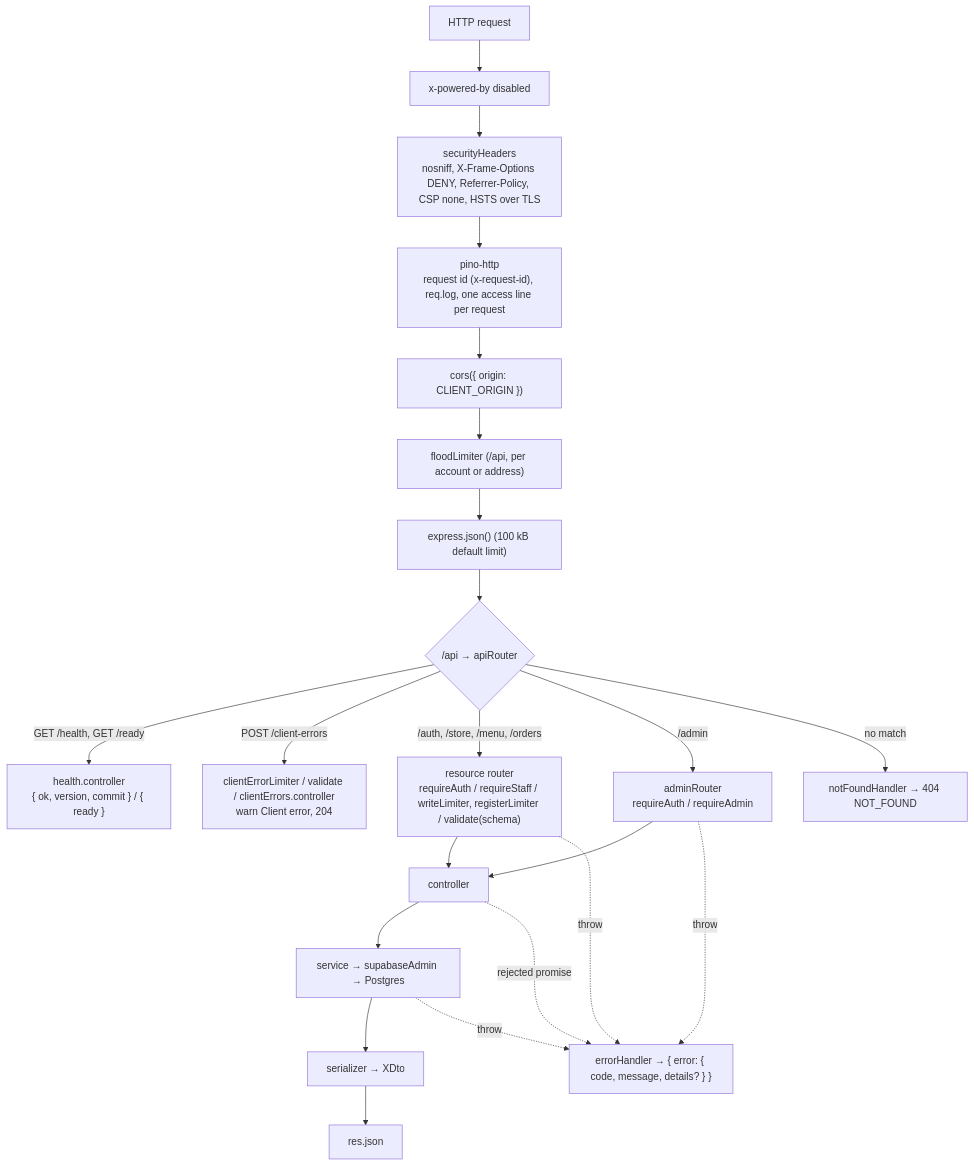
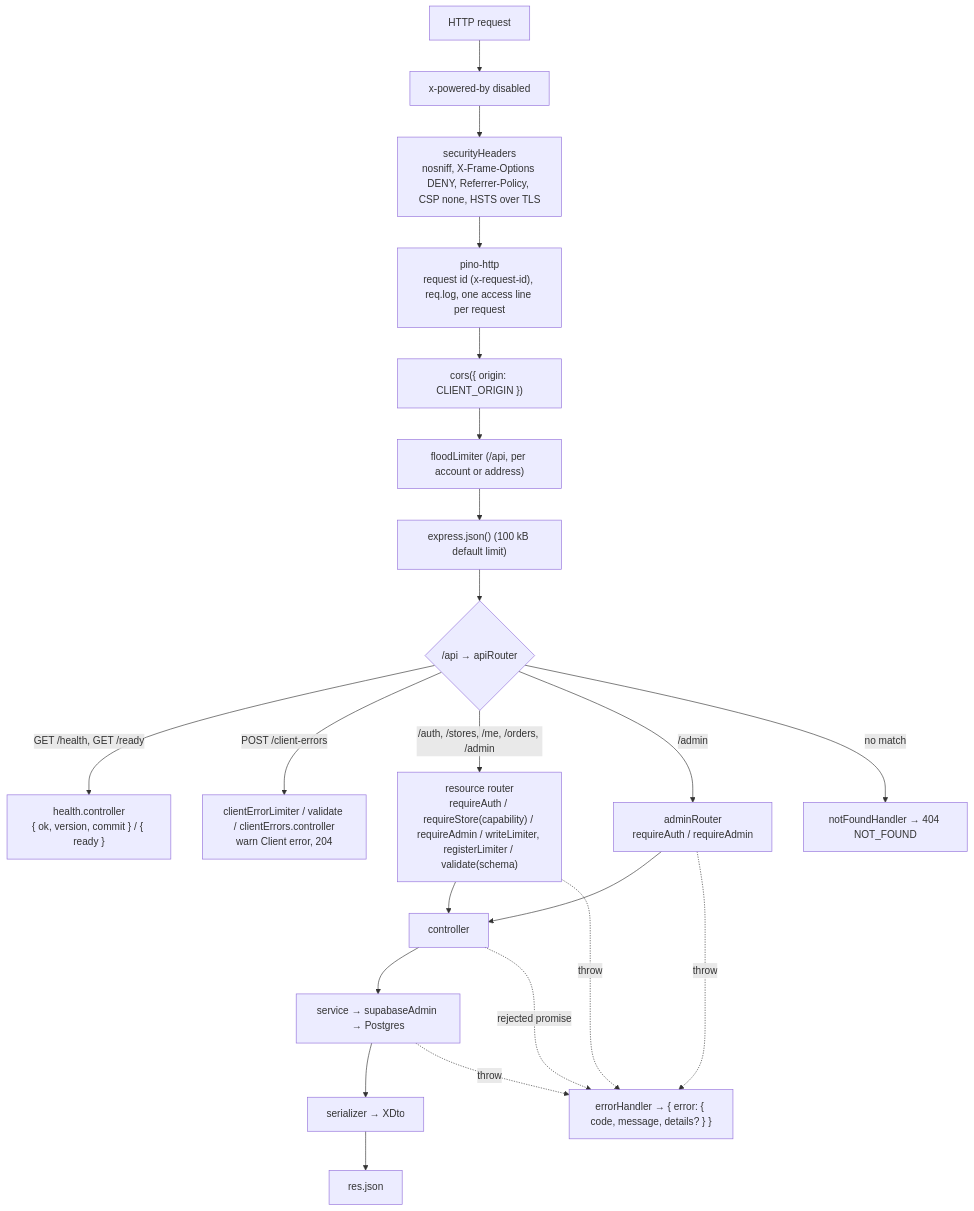
One commit to The-KhaNha/KhaNha changed the diagram in docs/BACKEND_STRUCTURE.md. Above: the diagram before and after it, drawn with Mermaid. The commit also changed other lines of this file and 2 other files, not shown here.

Commit message:
Docs: staff endpoints and guards on the store routes; cart add signature

````diff
--- a/docs/BACKEND_STRUCTURE.md
+++ b/docs/BACKEND_STRUCTURE.md
@@ -53,22 +53,22 @@
 ```mermaid
 flowchart TD
   Req["HTTP request"] --> XPB["x-powered-by disabled"]
   XPB --> Sec["securityHeaders<br/>nosniff, X-Frame-Options DENY, Referrer-Policy, CSP none, HSTS over TLS"]
   Sec --> Pino["pino-http<br/>request id (x-request-id), req.log, one access line per request"]
   Pino --> Cors["cors({ origin: CLIENT_ORIGIN })"]
   Cors --> IpL["floodLimiter (/api, per account or address)"]
   IpL --> Json["express.json() (100 kB default limit)"]
   Json --> Api{"/api → apiRouter"}
   Api -->|"GET /health, GET /ready"| Health["health.controller<br/>{ ok, version, commit } / { ready }"]
   Api -->|"POST /client-errors"| CErr["clientErrorLimiter / validate / clientErrors.controller<br/>warn Client error, 204"]
-  Api -->|"/auth, /store, /menu, /orders"| Router["resource router<br/>requireAuth / requireStaff / writeLimiter, registerLimiter / validate(schema)"]
+  Api -->|"/auth, /stores, /me, /orders, /admin"| Router["resource router<br/>requireAuth / requireStore(capability) / requireAdmin / writeLimiter, registerLimiter / validate(schema)"]
   Api -->|"/admin"| AdminR["adminRouter<br/>requireAuth / requireAdmin"]
   Router --> Ctl["controller"] --> Svc["service → supabaseAdmin → Postgres"]
   AdminR --> Ctl
   Svc --> Ser["serializer → XDto"] --> Res["res.json"]
   Api -->|"no match"| NF["notFoundHandler → 404 NOT_FOUND"]
   Router -. "throw" .-> EH["errorHandler → { error: { code, message, details? } }"]
   AdminR -. "throw" .-> EH
   Ctl -. "rejected promise" .-> EH
   Svc -. "throw" .-> EH
 ```
````
